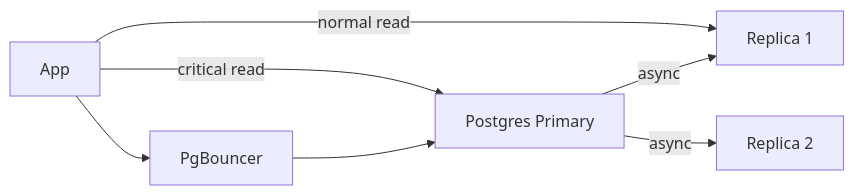
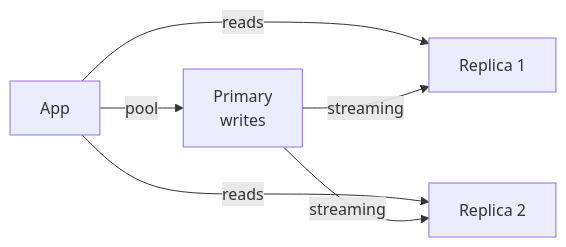
The diagram in content/system-design/postgresql.md (rakshitagarwal/champ-dsa), drawn with Mermaid before and after one commit. The commit also changed other lines of this file and 100 other files, not shown here.

````diff
--- a/content/system-design/postgresql.md
+++ b/content/system-design/postgresql.md
@@ -31,9 +20,8 @@
 ```mermaid
 graph LR
-    A[App] --> B[PgBouncer]
-    B --> C[Postgres Primary]
-    C -->|async| D[Replica 1]
-    C -->|async| E[Replica 2]
-    A -->|critical read| C
-    A -->|normal read| D
+    A[App] -->|pool| B[Primary<br/>writes]
+    A -->|reads| C[Replica 1]
+    A -->|reads| D[Replica 2]
+    B -->|streaming| C
+    B -->|streaming| D
 ```
````
